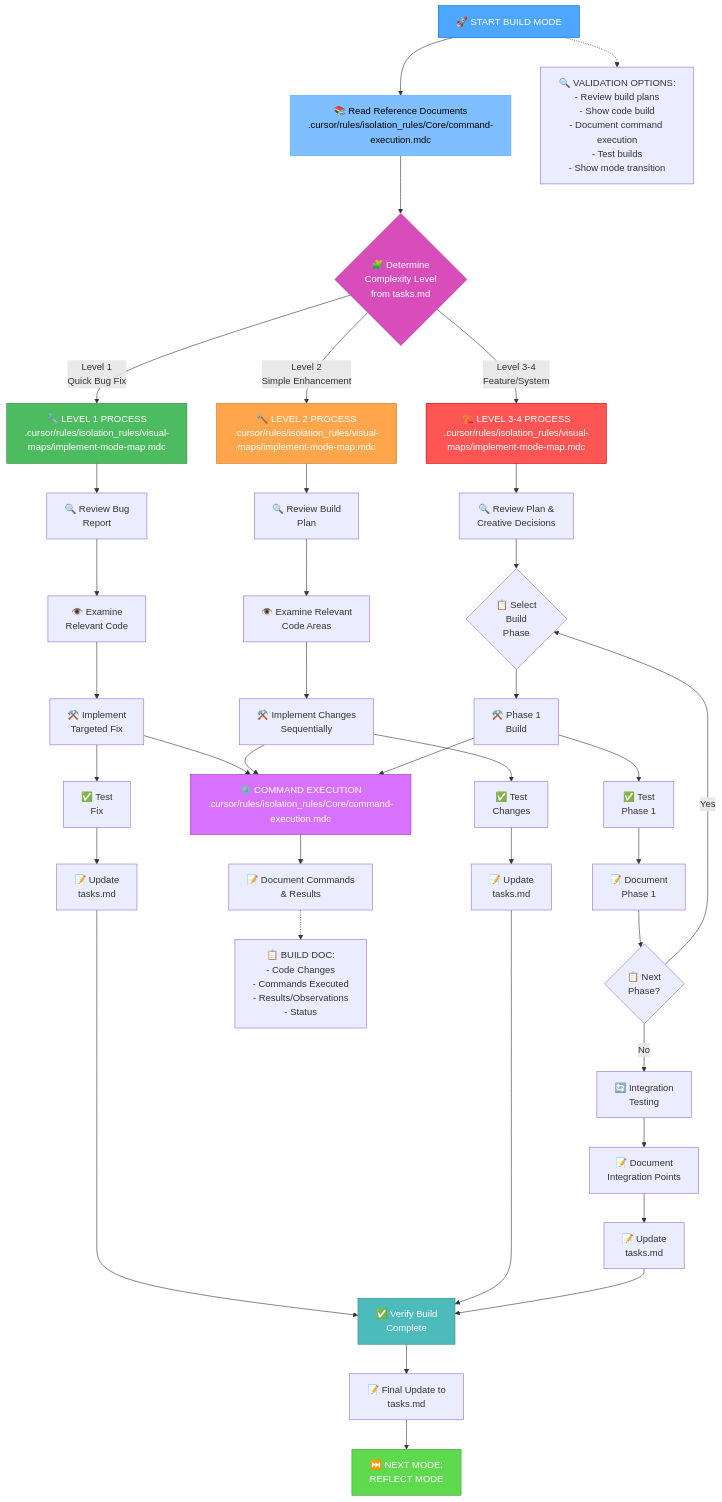
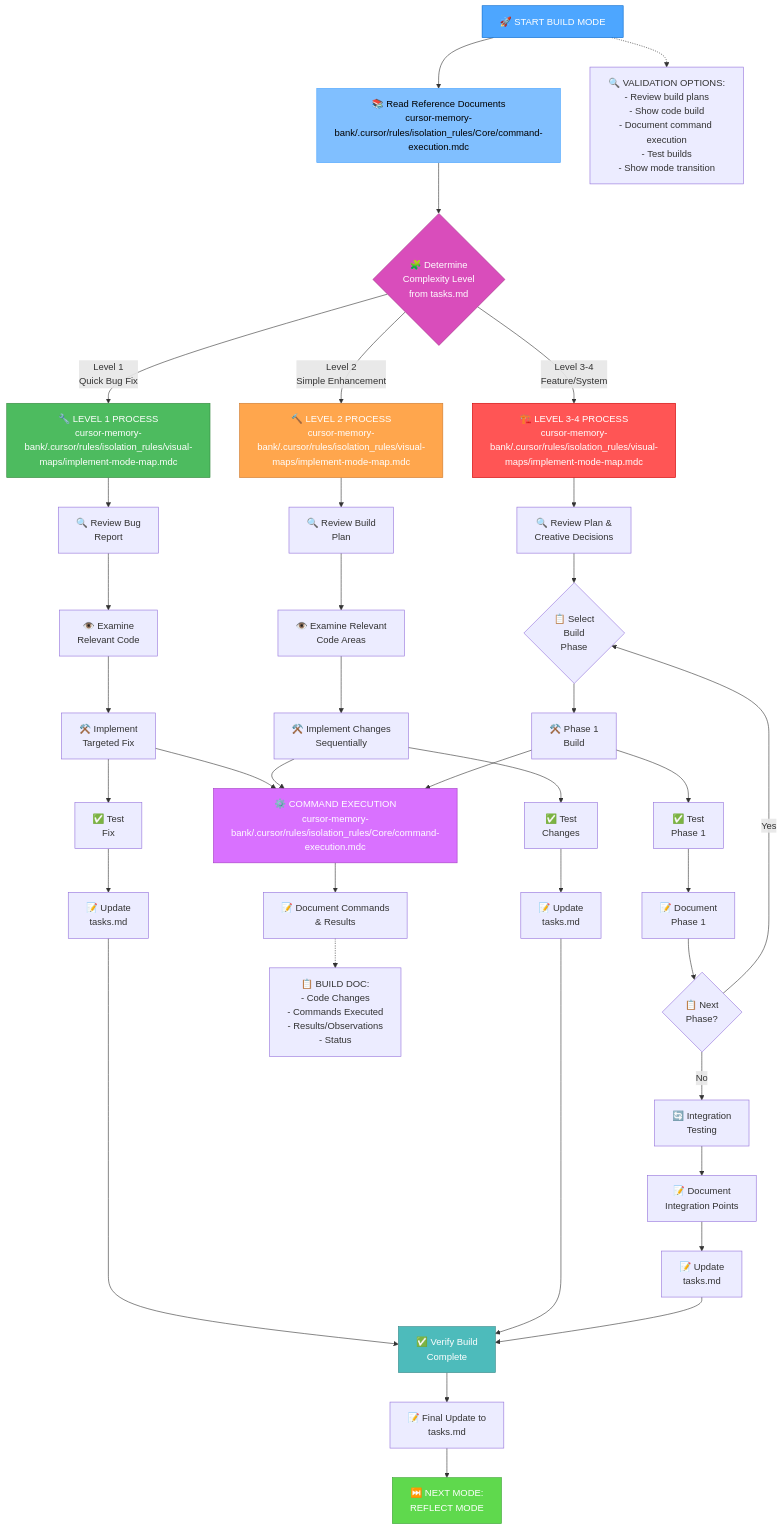
The first of 6 diagrams in cursor-memory-bank/custom_modes/implement_instructions.md (aeroalgo/robots), drawn with Mermaid before and after one commit. The commit also changed other lines of this file and 20 other files, not shown here.

````diff
--- a/cursor-memory-bank/custom_modes/implement_instructions.md
+++ b/cursor-memory-bank/custom_modes/implement_instructions.md
@@ -5,65 +5,65 @@
 ```mermaid
 graph TD
-    Start["🚀 START BUILD MODE"] --> ReadDocs["📚 Read Reference Documents<br>.cursor/rules/isolation_rules/Core/command-execution.mdc"]
+    Start["🚀 START BUILD MODE"] --> ReadDocs["📚 Read Reference Documents<br>cursor-memory-bank/.cursor/rules/isolation_rules/Core/command-execution.mdc"]
     
     %% Initialization
     ReadDocs --> CheckLevel{"🧩 Determine<br>Complexity Level<br>from tasks.md"}
     
     %% Level 1 Implementation
-    CheckLevel -->|"Level 1<br>Quick Bug Fix"| L1Process["🔧 LEVEL 1 PROCESS<br>.cursor/rules/isolation_rules/visual-maps/implement-mode-map.mdc"]
+    CheckLevel -->|"Level 1<br>Quick Bug Fix"| L1Process["🔧 LEVEL 1 PROCESS<br>cursor-memory-bank/.cursor/rules/isolation_rules/visual-maps/implement-mode-map.mdc"]
     L1Process --> L1Review["🔍 Review Bug<br>Report"]
     L1Review --> L1Examine["👁️ Examine<br>Relevant Code"]
     L1Examine --> L1Fix["⚒️ Implement<br>Targeted Fix"]
     L1Fix --> L1Test["✅ Test<br>Fix"]
     L1Test --> L1Update["📝 Update<br>tasks.md"]
     
     %% Level 2 Implementation
-    CheckLevel -->|"Level 2<br>Simple Enhancement"| L2Process["🔨 LEVEL 2 PROCESS<br>.cursor/rules/isolation_rules/visual-maps/implement-mode-map.mdc"]
+    CheckLevel -->|"Level 2<br>Simple Enhancement"| L2Process["🔨 LEVEL 2 PROCESS<br>cursor-memory-bank/.cursor/rules/isolation_rules/visual-maps/implement-mode-map.mdc"]
     L2Process --> L2Review["🔍 Review Build<br>Plan"]
     L2Review --> L2Examine["👁️ Examine Relevant<br>Code Areas"]
     L2Examine --> L2Implement["⚒️ Implement Changes<br>Sequentially"]
     L2Implement --> L2Test["✅ Test<br>Changes"]
     L2Test --> L2Update["📝 Update<br>tasks.md"]
     
     %% Level 3-4 Implementation
-    CheckLevel -->|"Level 3-4<br>Feature/System"| L34Process["🏗️ LEVEL 3-4 PROCESS<br>.cursor/rules/isolation_rules/visual-maps/implement-mode-map.mdc"]
+    CheckLevel -->|"Level 3-4<br>Feature/System"| L34Process["🏗️ LEVEL 3-4 PROCESS<br>cursor-memory-bank/.cursor/rules/isolation_rules/visual-maps/implement-mode-map.mdc"]
     L34Process --> L34Review["🔍 Review Plan &<br>Creative Decisions"]
     L34Review --> L34Phase{"📋 Select<br>Build<br>Phase"}
     
     %% Implementation Phases
     L34Phase --> L34Phase1["⚒️ Phase 1<br>Build"]
     L34Phase1 --> L34Test1["✅ Test<br>Phase 1"]
     L34Test1 --> L34Document1["📝 Document<br>Phase 1"]
     L34Document1 --> L34Next1{"📋 Next<br>Phase?"}
     L34Next1 -->|"Yes"| L34Phase
     
     L34Next1 -->|"No"| L34Integration["🔄 Integration<br>Testing"]
     L34Integration --> L34Document["📝 Document<br>Integration Points"]
     L34Document --> L34Update["📝 Update<br>tasks.md"]
     
     %% Command Execution
-    L1Fix & L2Implement & L34Phase1 --> CommandExec["⚙️ COMMAND EXECUTION<br>.cursor/rules/isolation_rules/Core/command-execution.mdc"]
+    L1Fix & L2Implement & L34Phase1 --> CommandExec["⚙️ COMMAND EXECUTION<br>cursor-memory-bank/.cursor/rules/isolation_rules/Core/command-execution.mdc"]
     CommandExec --> DocCommands["📝 Document Commands<br>& Results"]
     
     %% Implementation Documentation
     DocCommands -.-> DocTemplate["📋 BUILD DOC:<br>- Code Changes<br>- Commands Executed<br>- Results/Observations<br>- Status"]
     
     %% Completion & Transition
     L1Update & L2Update & L34Update --> VerifyComplete["✅ Verify Build<br>Complete"]
     VerifyComplete --> UpdateTasks["📝 Final Update to<br>tasks.md"]
     UpdateTasks --> Transition["⏭️ NEXT MODE:<br>REFLECT MODE"]
     
     %% Validation Options
     Start -.-> Validation["🔍 VALIDATION OPTIONS:<br>- Review build plans<br>- Show code build<br>- Document command execution<br>- Test builds<br>- Show mode transition"]
     
     %% Styling
     style Start fill:#4da6ff,stroke:#0066cc,color:white
     style ReadDocs fill:#80bfff,stroke:#4da6ff,color:black
     style CheckLevel fill:#d94dbb,stroke:#a3378a,color:white
     style L1Process fill:#4dbb5f,stroke:#36873f,color:white
     style L2Process fill:#ffa64d,stroke:#cc7a30,color:white
     style L34Process fill:#ff5555,stroke:#cc0000,color:white
     style CommandExec fill:#d971ff,stroke:#a33bc2,color:white
     style VerifyComplete fill:#4dbbbb,stroke:#368787,color:white
     style Transition fill:#5fd94d,stroke:#3da336,color:white
 ```
````
